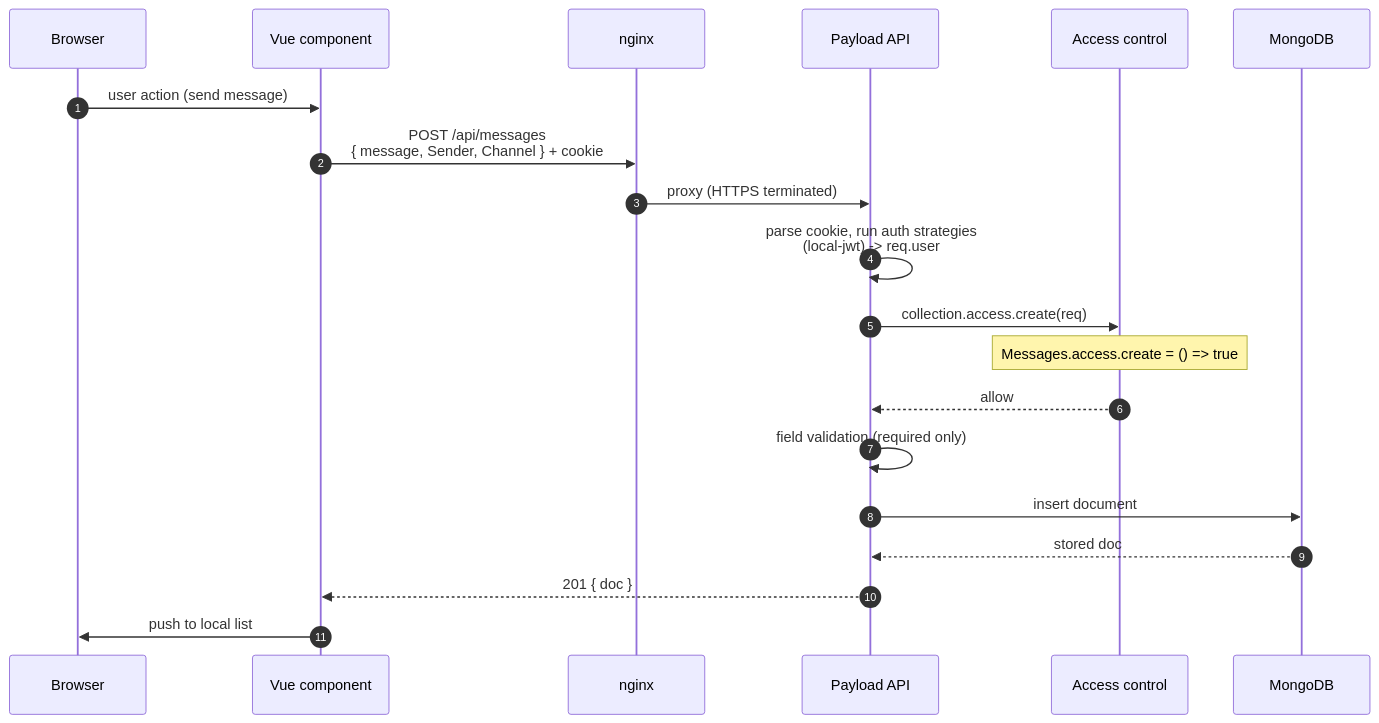
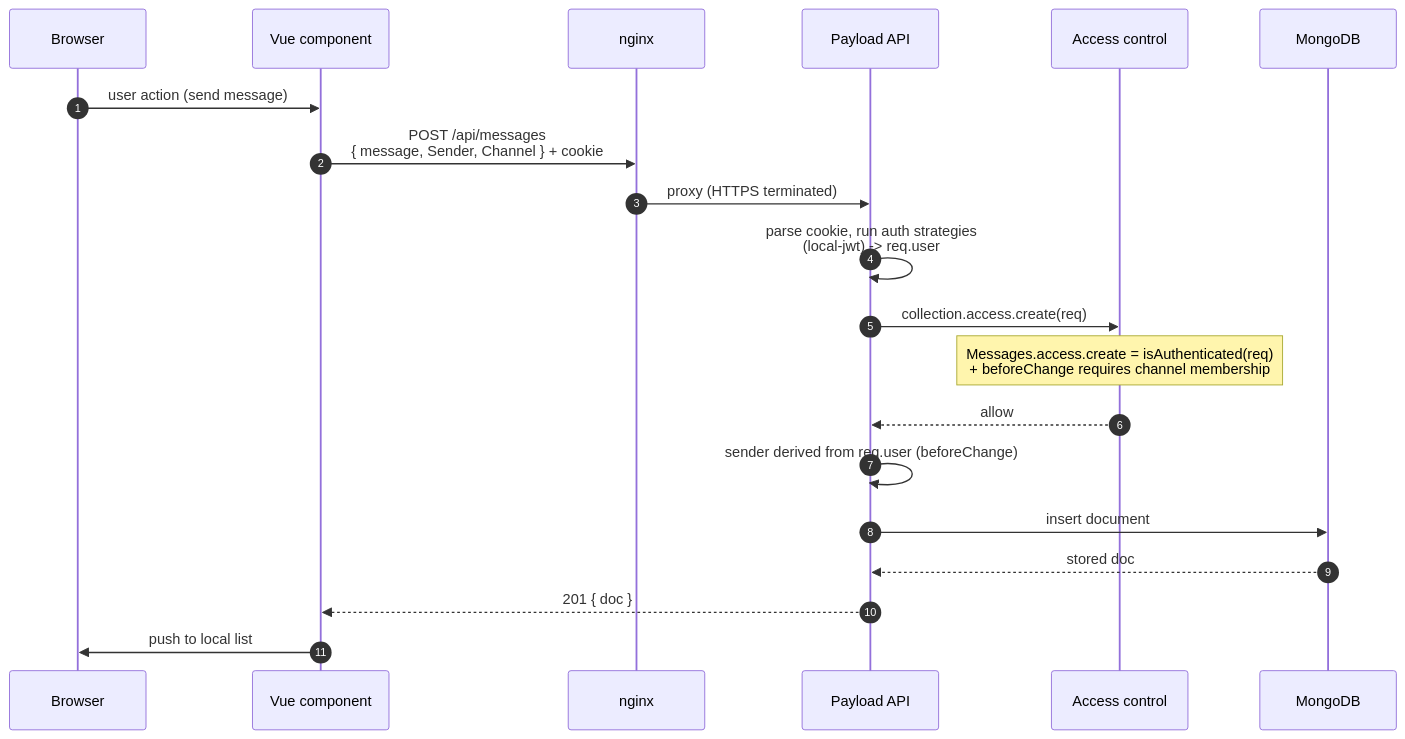
One commit to FathanAbi/vue-chatapps-public changed the second of 4 diagrams in docs/architecture.md. Above: the diagram before and after it, drawn with Mermaid. The commit also changed other lines of this file and 61 other files, not shown here.

````diff
--- a/docs/architecture.md
+++ b/docs/architecture.md
@@ -261,23 +293,23 @@
 ```mermaid
 sequenceDiagram
     autonumber
     participant B as Browser
     participant V as Vue component
     participant N as nginx
     participant P as Payload API
     participant A as Access control
     participant D as MongoDB
 
     B->>V: user action (send message)
     V->>N: POST /api/messages<br/>{ message, Sender, Channel } + cookie
     N->>P: proxy (HTTPS terminated)
     P->>P: parse cookie, run auth strategies<br/>(local-jwt) -> req.user
     P->>A: collection.access.create(req)
-    Note over A: Messages.access.create = () => true
+    Note over A: Messages.access.create = isAuthenticated(req)<br/>+ beforeChange requires channel membership
     A-->>P: allow
-    P->>P: field validation (required only)
+    P->>P: sender derived from req.user (beforeChange)
     P->>D: insert document
     D-->>P: stored doc
     P-->>V: 201 { doc }
     V->>B: push to local list
 ```
````
